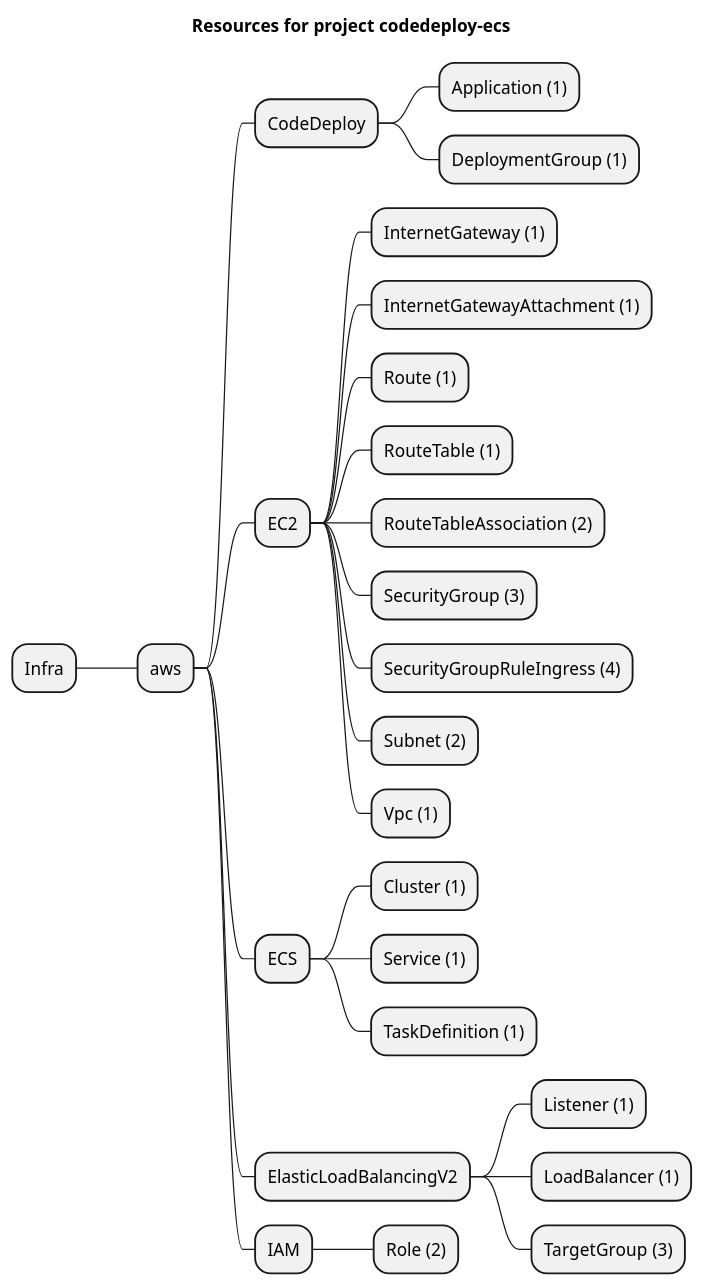
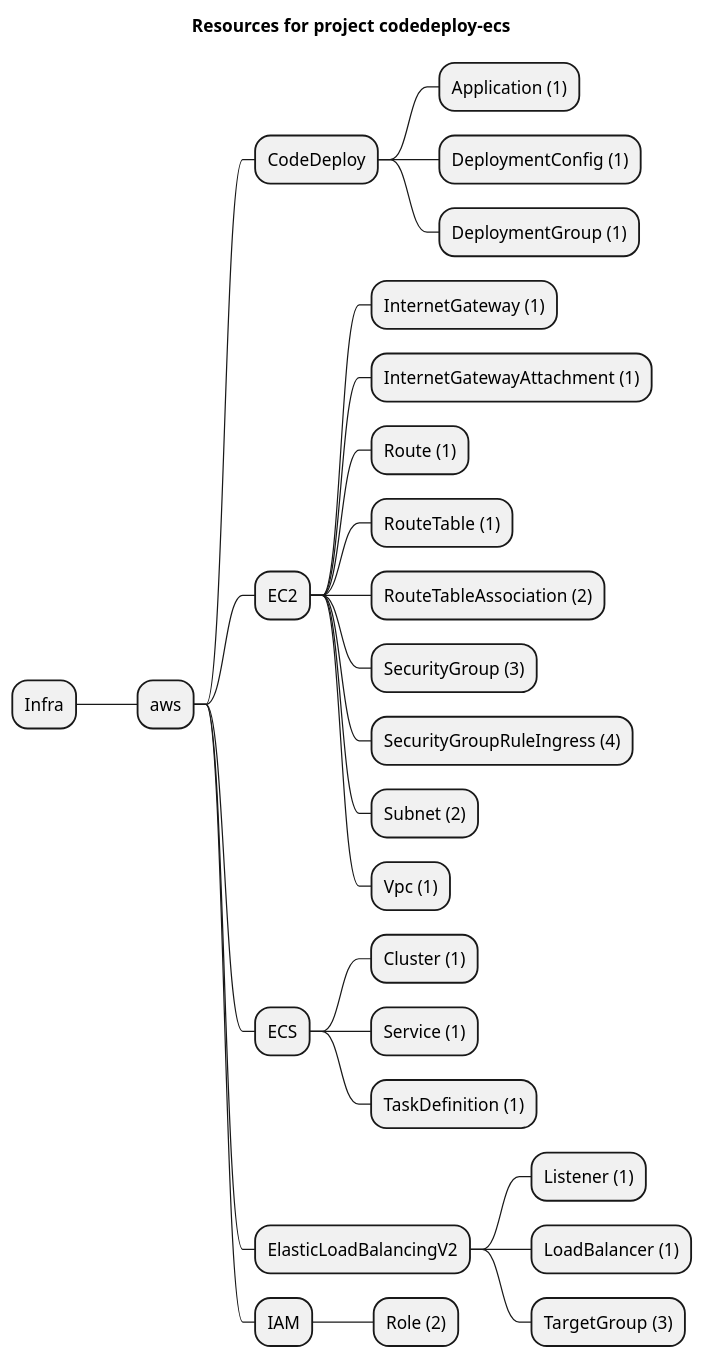
Before and after one commit to grucloud/grucloud: the diagram in examples/aws/CodeDeploy/codedeploy-ecs/artifacts/resources-mindmap.puml, drawn with PlantUML. The commit also changed 8 other files, not shown here.

Commit message:
CodeDeployDeploymentConfig

```diff
--- a/examples/aws/CodeDeploy/codedeploy-ecs/artifacts/resources-mindmap.puml
+++ b/examples/aws/CodeDeploy/codedeploy-ecs/artifacts/resources-mindmap.puml
@@ -1,29 +1,30 @@
 @startmindmap
 title Resources for project codedeploy-ecs
 skinparam monochrome true
 + Infra
 ++ aws
 +++ CodeDeploy
 ++++ Application (1)
+++++ DeploymentConfig (1)
 ++++ DeploymentGroup (1)
 +++ EC2
 ++++ InternetGateway (1)
 ++++ InternetGatewayAttachment (1)
 ++++ Route (1)
 ++++ RouteTable (1)
 ++++ RouteTableAssociation (2)
 ++++ SecurityGroup (3)
 ++++ SecurityGroupRuleIngress (4)
 ++++ Subnet (2)
 ++++ Vpc (1)
 +++ ECS
 ++++ Cluster (1)
 ++++ Service (1)
 ++++ TaskDefinition (1)
 +++ ElasticLoadBalancingV2
 ++++ Listener (1)
 ++++ LoadBalancer (1)
 ++++ TargetGroup (3)
 +++ IAM
 ++++ Role (2)
 @endmindmap
```
